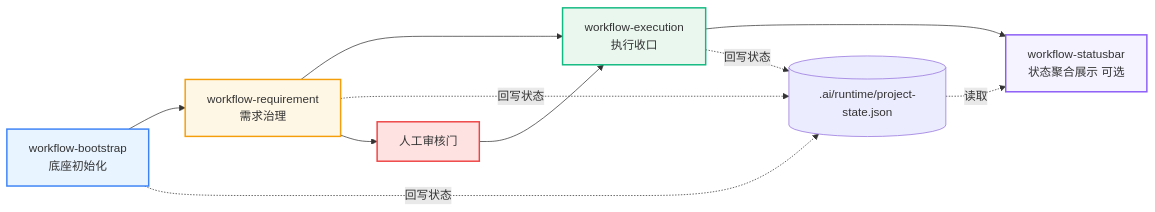
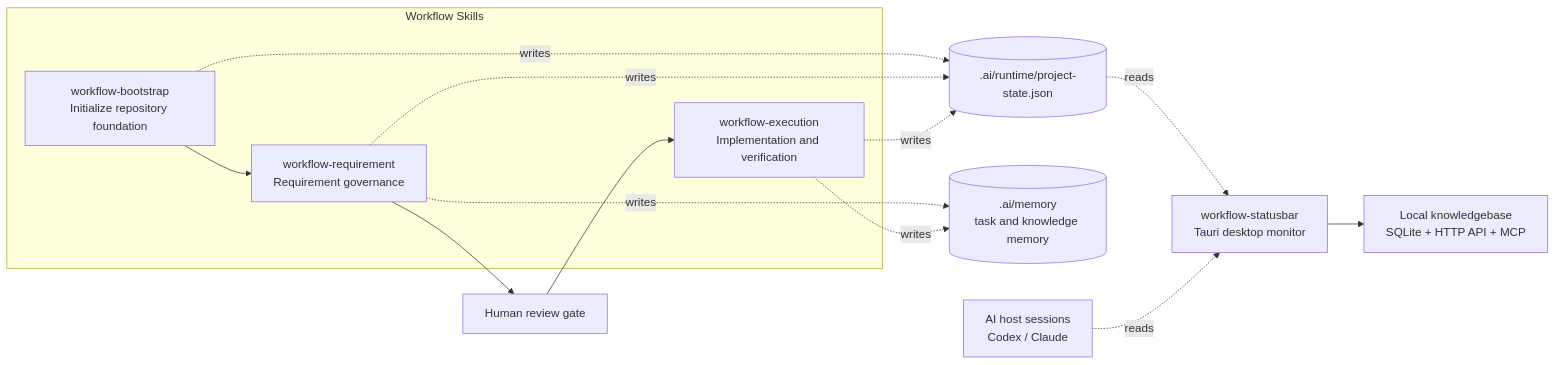
Before and after one commit to beyond-snail/workflow-skills: the diagram in README.md, drawn with Mermaid. The commit also changed other lines of this file and 4 other files, not shown here.

````diff
--- a/README.md
+++ b/README.md
@@ -52,20 +36,25 @@
 ```mermaid
 flowchart LR
-    A[workflow-bootstrap<br/>底座初始化] --> B[workflow-requirement<br/>需求治理]
-    B --> C[workflow-execution<br/>执行收口]
-    C --> D[workflow-statusbar<br/>状态聚合展示 可选]
+    subgraph Skills[Workflow Skills]
+        A[workflow-bootstrap<br/>Initialize repository foundation]
+        B[workflow-requirement<br/>Requirement governance]
+        C[workflow-execution<br/>Implementation and verification]
+    end
 
-    A -.回写状态.-> S[(.ai/runtime/project-state.json)]
-    B -.回写状态.-> S
-    C -.回写状态.-> S
-    S -.读取.-> D
+    G[Human review gate]
+    S[(.ai/runtime/project-state.json)]
+    M[(.ai/memory<br/>task and knowledge memory)]
+    D[workflow-statusbar<br/>Tauri desktop monitor]
+    H[AI host sessions<br/>Codex / Claude]
+    K[Local knowledgebase<br/>SQLite + HTTP API + MCP]
 
-    G[人工审核门] --> C
-    B --> G
-
-    style A fill:#E8F4FF,stroke:#3B82F6,stroke-width:2px
-    style B fill:#FFF7E6,stroke:#F59E0B,stroke-width:2px
-    style C fill:#EAF7EF,stroke:#10B981,stroke-width:2px
-    style D fill:#F5F3FF,stroke:#8B5CF6,stroke-width:2px
-    style G fill:#FEE2E2,stroke:#EF4444,stroke-width:2px
+    A --> B --> G --> C
+    A -.writes.-> S
+    B -.writes.-> S
+    C -.writes.-> S
+    B -.writes.-> M
+    C -.writes.-> M
+    S -.reads.-> D
+    H -.reads.-> D
+    D --> K
 ```
````
